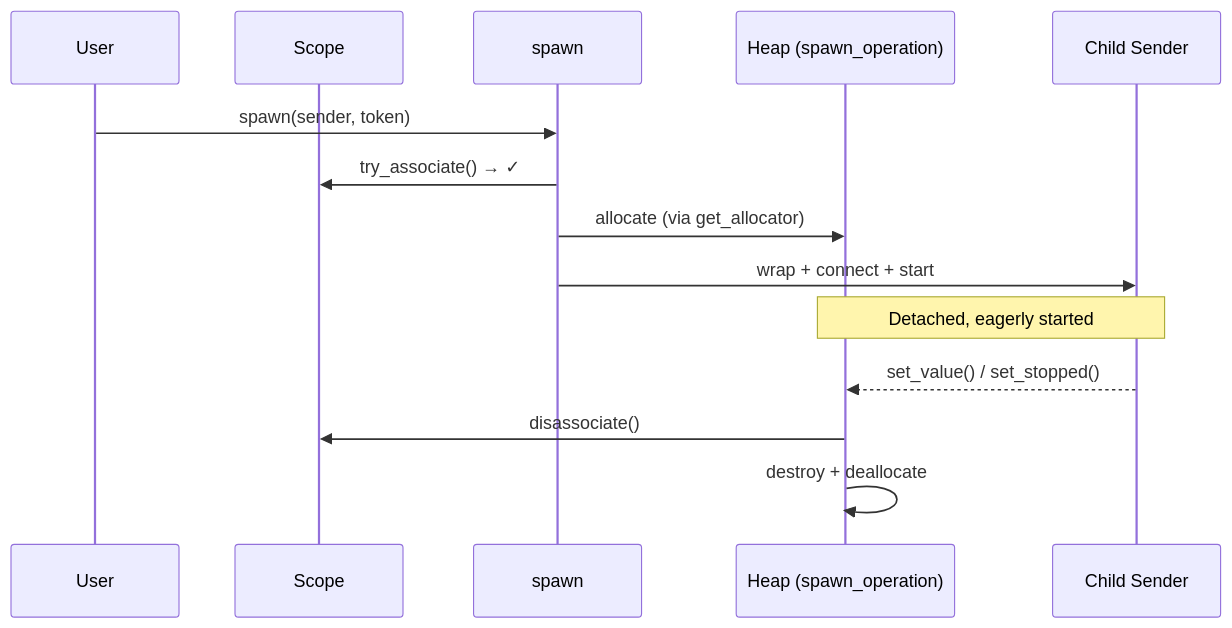
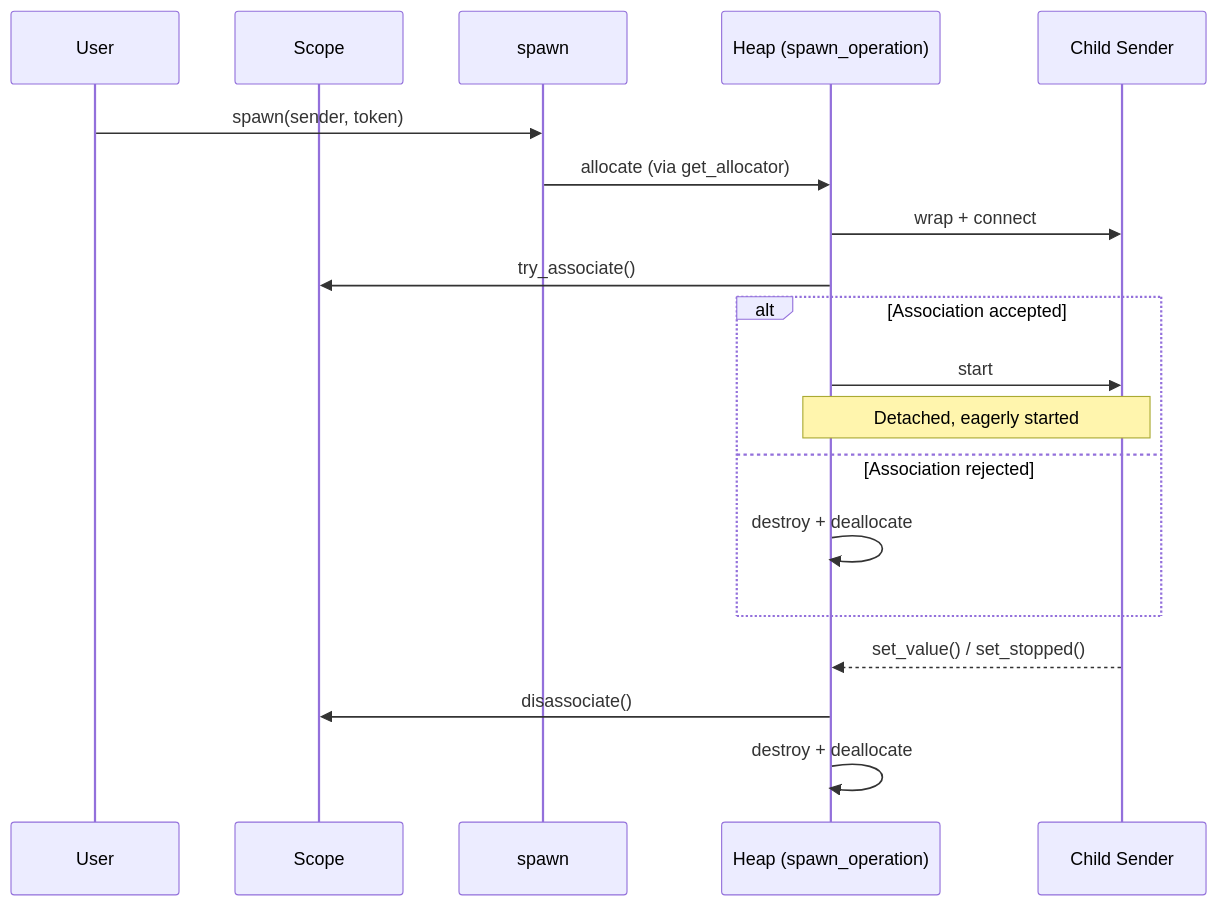
The second of 3 diagrams in docs/usage/counting-scopes.md (haomingbai/bexec), drawn with Mermaid before and after one commit. The commit also changed other lines of this file and 12 other files, not shown here.

````diff
--- a/docs/usage/counting-scopes.md
+++ b/docs/usage/counting-scopes.md
@@ -43,18 +61,24 @@
 ```mermaid
 sequenceDiagram
     participant U as User
     participant SC as Scope
     participant SP as spawn
     participant H as Heap (spawn_operation)
     participant CH as Child Sender
 
     U->>SP: spawn(sender, token)
-    SP->>SC: try_associate() → ✓
     SP->>H: allocate (via get_allocator)
-    SP->>CH: wrap + connect + start
-    Note over H,CH: Detached, eagerly started
+    H->>CH: wrap + connect
+    H->>SC: try_associate()
+
+    alt Association accepted
+        H->>CH: start
+        Note over H,CH: Detached, eagerly started
+    else Association rejected
+        H->>H: destroy + deallocate
+    end
 
     CH-->>H: set_value() / set_stopped()
     H->>SC: disassociate()
     H->>H: destroy + deallocate
 ```
````
